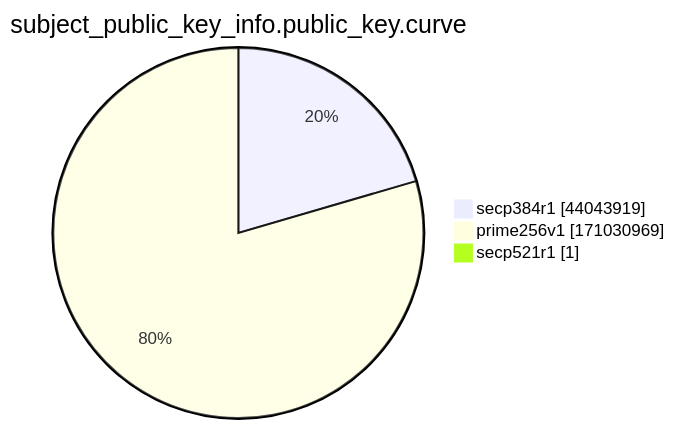
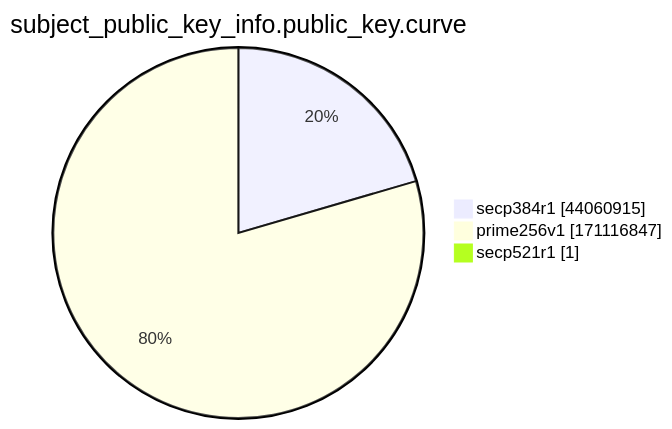
One commit to christiankrug/ctmonitor_visualization changed the ninth of 15 diagrams in xenon2022/README.md. Above: the diagram before and after it, drawn with Mermaid. The commit also changed other lines of this file, not shown here.

````diff
--- a/xenon2022/README.md
+++ b/xenon2022/README.md
@@ -2871,7 +2871,7 @@
 ```mermaid
 pie showData
 title subject_public_key_info.public_key.curve
-"secp384r1" :44043919
-"prime256v1" :171030969
+"secp384r1" :44060915
+"prime256v1" :171116847
 "secp521r1" :1
 ```
````
